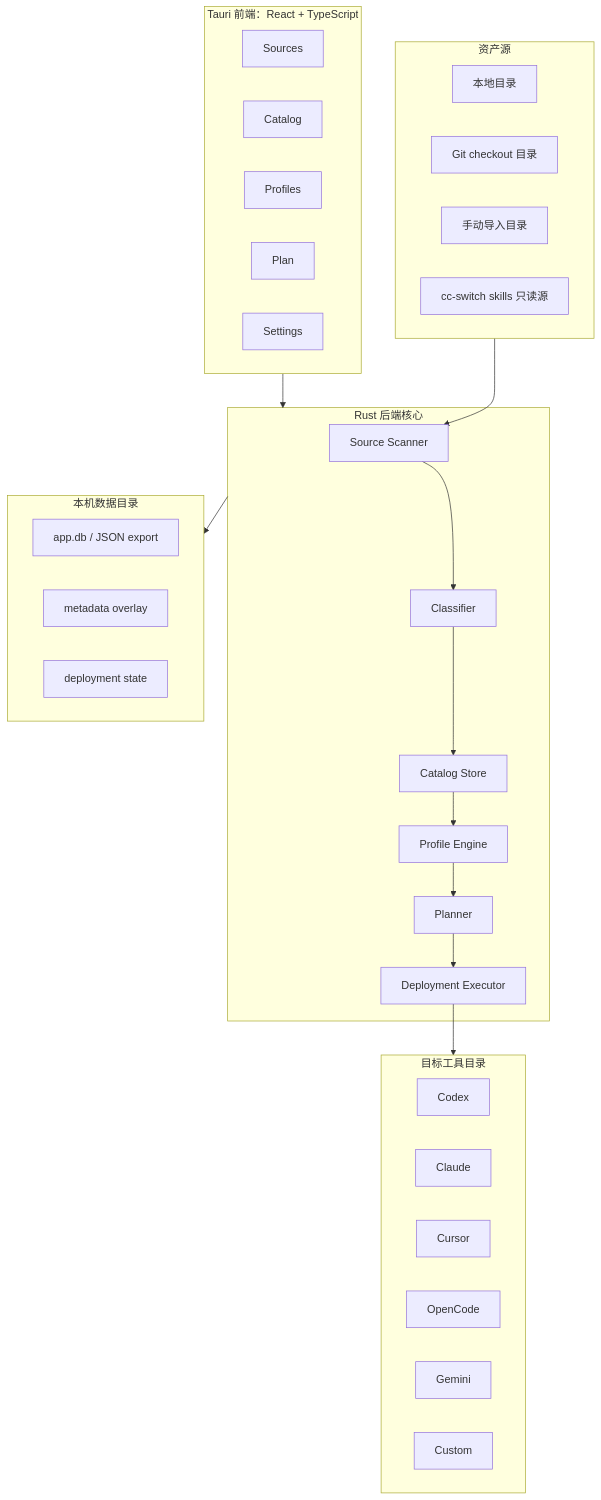
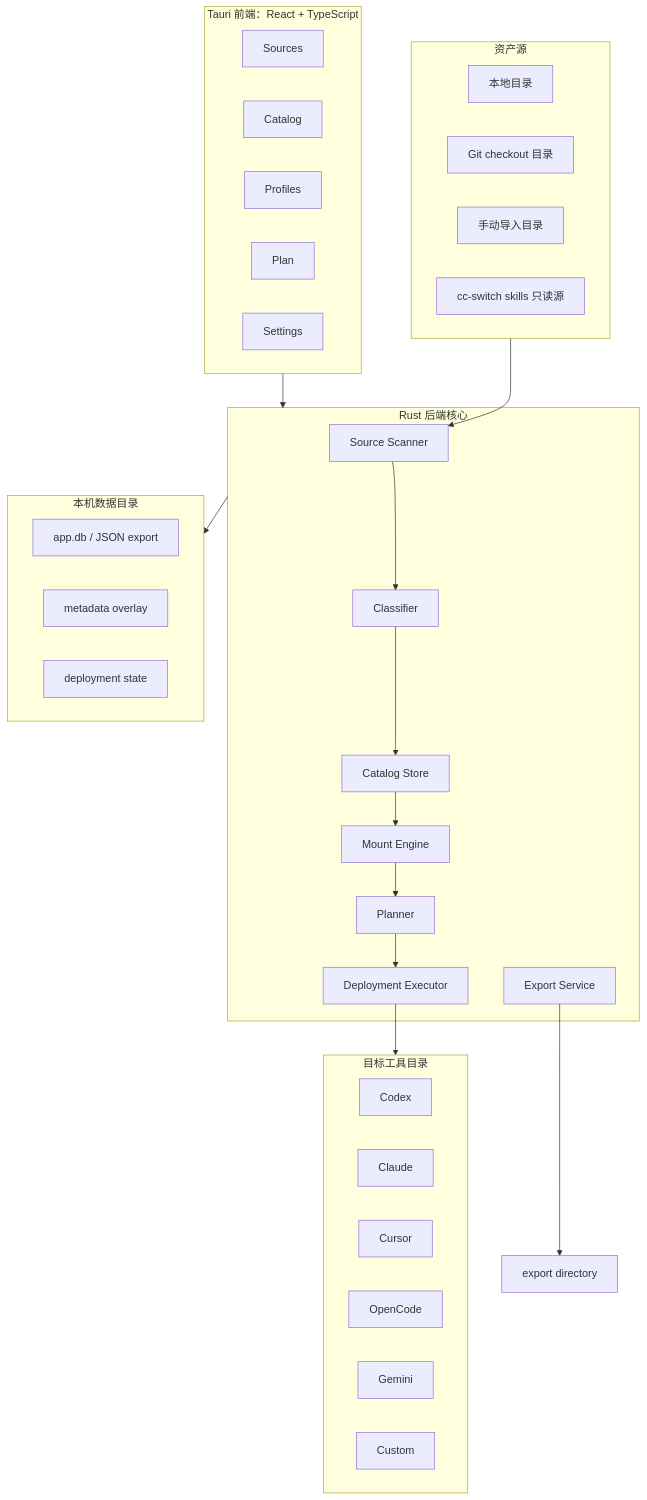
One commit to util6/assetiweave changed the first of 2 diagrams in specs/design.md. Above: the diagram before and after it, drawn with Mermaid. The commit also changed other lines of this file and 2 other files, not shown here.

Commit message:
docs: update spec milestones for mount workflow

````diff
--- a/specs/design.md
+++ b/specs/design.md
@@ -45,51 +72,53 @@
 ```mermaid
 flowchart TB
     subgraph UI["Tauri 前端：React + TypeScript"]
         UI1["Sources"]
         UI2["Catalog"]
         UI3["Profiles"]
         UI4["Plan"]
         UI5["Settings"]
     end
 
     subgraph Core["Rust 后端核心"]
         C1["Source Scanner"]
         C2["Classifier"]
         C3["Catalog Store"]
-        C4["Profile Engine"]
+        C4["Mount Engine"]
         C5["Planner"]
         C6["Deployment Executor"]
+        C7["Export Service"]
     end
 
     subgraph Data["本机数据目录"]
         D1["app.db / JSON export"]
         D2["metadata overlay"]
         D3["deployment state"]
     end
 
     subgraph Sources["资产源"]
         S1["本地目录"]
         S2["Git checkout 目录"]
         S3["手动导入目录"]
         S4["cc-switch skills 只读源"]
     end
 
     subgraph Targets["目标工具目录"]
         T1["Codex"]
         T2["Claude"]
         T3["Cursor"]
         T4["OpenCode"]
         T5["Gemini"]
         T6["Custom"]
     end
 
     UI --> Core
     Core --> Data
     Sources --> C1
     C1 --> C2
     C2 --> C3
     C3 --> C4
     C4 --> C5
     C5 --> C6
     C6 --> Targets
+    C7 --> D4["export directory"]
 ```
````
